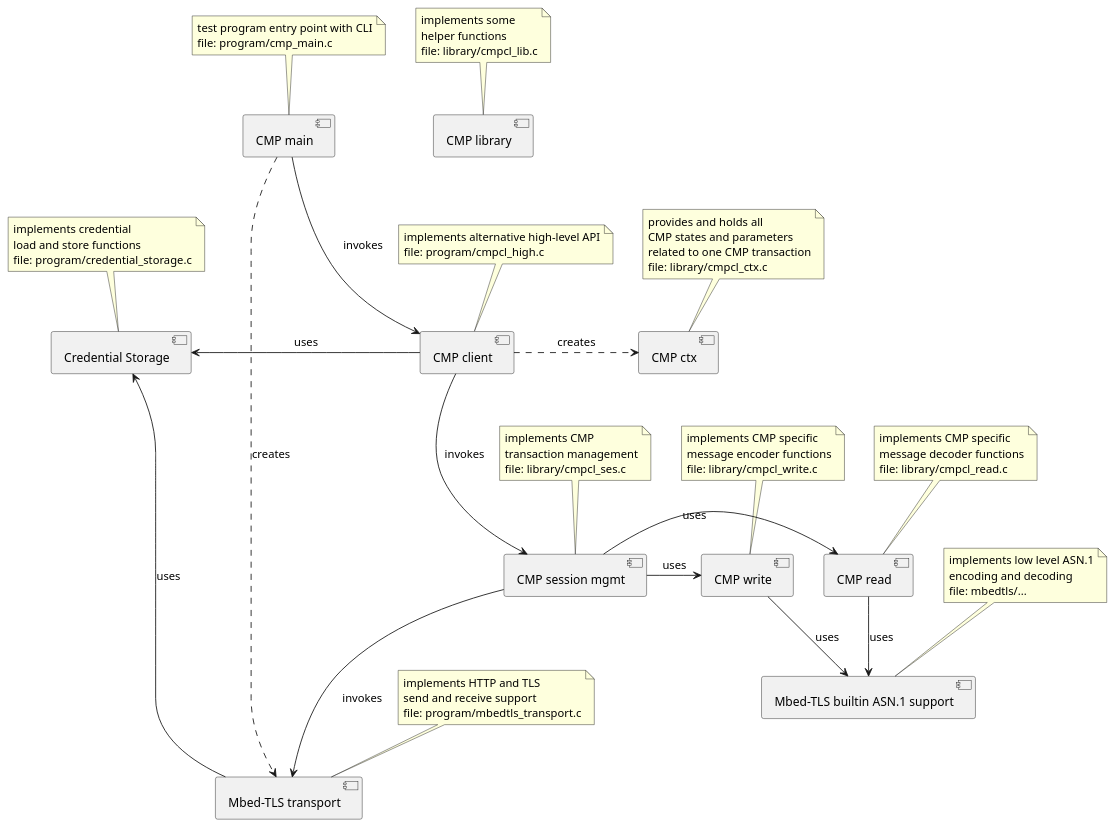
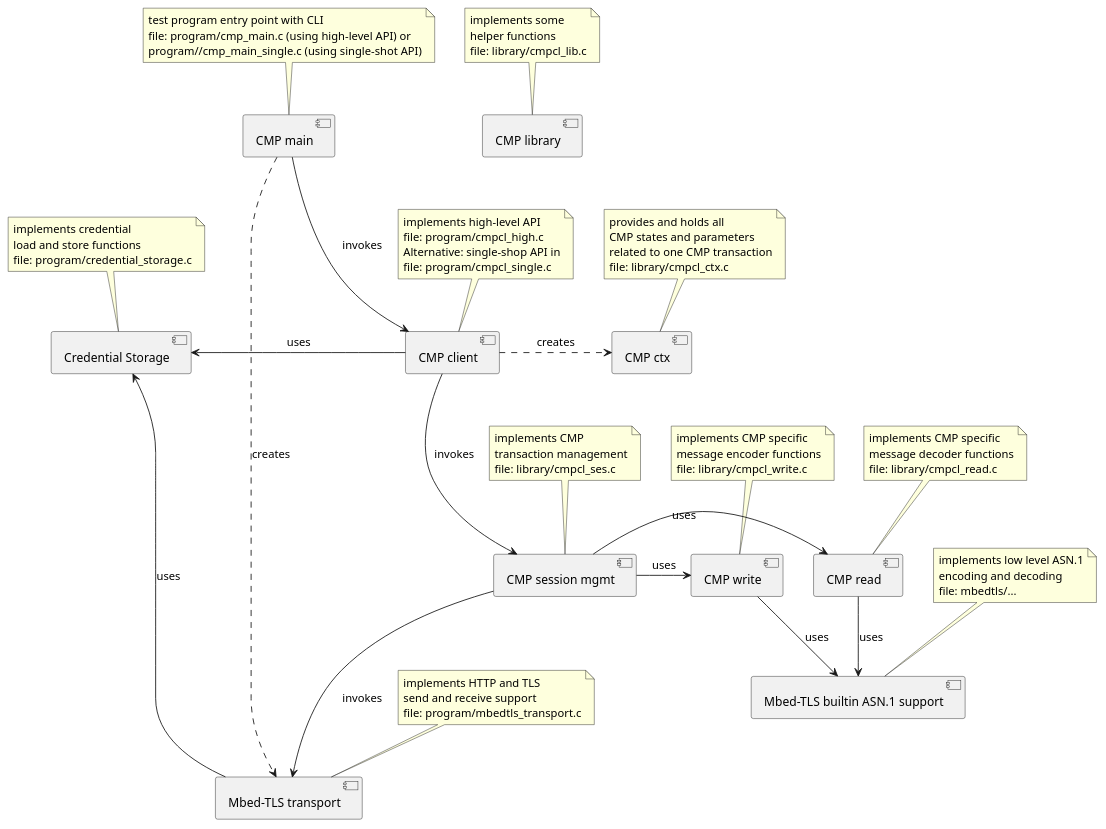
One commit to siemens/embeddedCMP changed the diagram in README.md. Above: the diagram before and after it, drawn with PlantUML. The commit also changed other lines of this file and 4 other files, not shown here.

```diff
--- a/README.md
+++ b/README.md
@@ -66,14 +49,17 @@
 [CMP main] as main
 note as mainN
 test program entry point with CLI
-file: program/cmp_main.c
+file: program/cmp_main.c (using high-level API) or
+program//cmp_main_single.c (using single-shot API)
 endnote
 mainN .. main
 
 [CMP client] as client
 note as clientH
-implements alternative high-level API
+implements high-level API
 file: program/cmpcl_high.c
+Alternative: single-shop API in
+file: program/cmpcl_single.c
 endnote
 clientH .. client
 
```
